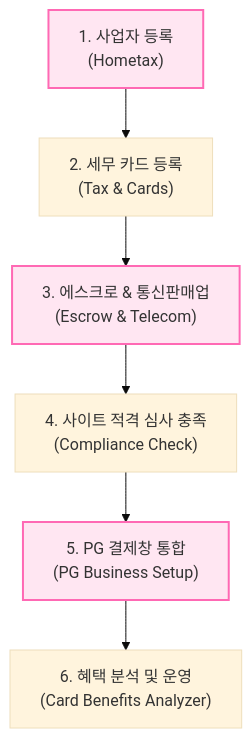
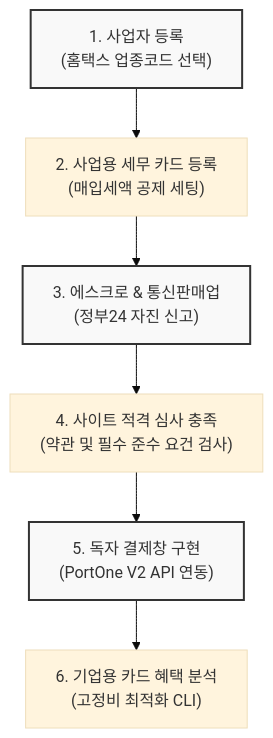
One commit to flam-ing/korean-business-pg-skills changed the diagram in README.md. Above: the diagram before and after it, drawn with Mermaid (base theme). The commit also changed other lines of this file, not shown here.

````diff
--- a/README.md
+++ b/README.md
@@ -11,12 +13,12 @@
 ```mermaid
 graph TD
-    A["1. 사업자 등록<br>(Hometax)"] --> B["2. 세무 카드 등록<br>(Tax & Cards)"]
-    B --> C["3. 에스크로 & 통신판매업<br>(Escrow & Telecom)"]
-    C --> D["4. 사이트 적격 심사 충족<br>(Compliance Check)"]
-    D --> E["5. PG 결제창 통합<br>(PG Business Setup)"]
-    E --> F["6. 혜택 분석 및 운영<br>(Card Benefits Analyzer)"]
+    A["1. 사업자 등록<br>(홈택스 업종코드 선택)"] --> B["2. 사업용 세무 카드 등록<br>(매입세액 공제 세팅)"]
+    B --> C["3. 에스크로 & 통신판매업<br>(정부24 자진 신고)"]
+    C --> D["4. 사이트 적격 심사 충족<br>(약관 및 필수 준수 요건 검사)"]
+    D --> E["5. 독자 결제창 구현<br>(PortOne V2 API 연동)"]
+    E --> F["6. 기업용 카드 혜택 분석<br>(고정비 최적화 CLI)"]
     
-    style A fill:#ffe6f2,stroke:#ff69b4,stroke-width:2px
-    style C fill:#ffe6f2,stroke:#ff69b4,stroke-width:2px
-    style E fill:#ffe6f2,stroke:#ff69b4,stroke-width:2px
+    style A fill:#f9f9f9,stroke:#333,stroke-width:2px
+    style C fill:#f9f9f9,stroke:#333,stroke-width:2px
+    style E fill:#f9f9f9,stroke:#333,stroke-width:2px
 ```
````
